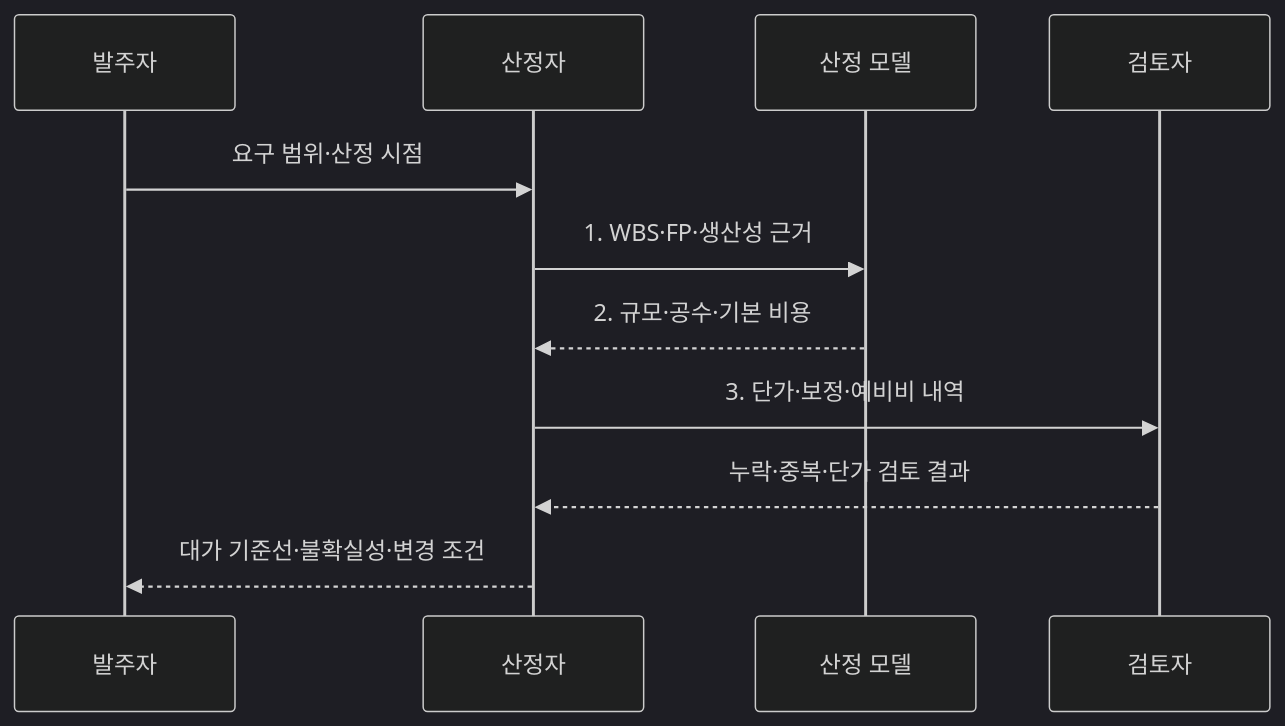
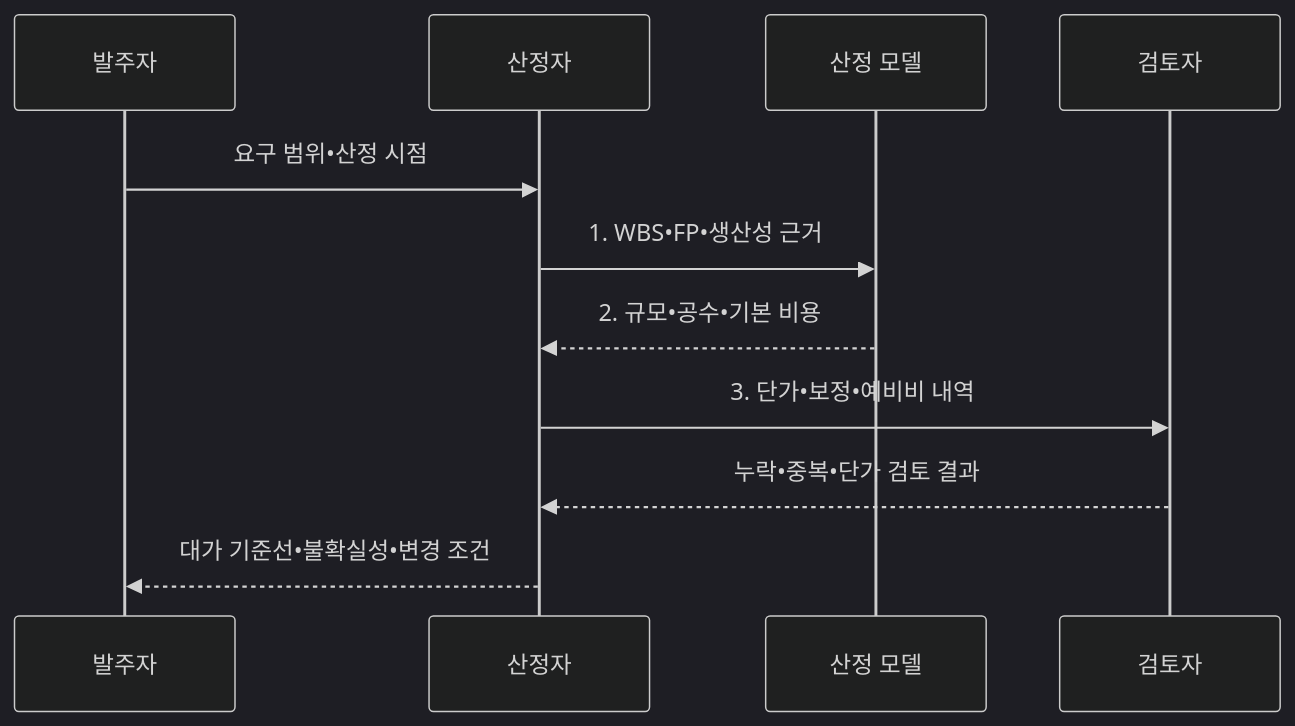
The second of 2 diagrams in src/content/docs/notes/03-software/075_software_cost_estimation.md (agnusdei1207/knowledge-base), drawn with Mermaid (dark theme) before and after one commit. The commit also changed other lines of this file and 953 other files, not shown here.

````diff
--- a/src/content/docs/notes/03-software/075_software_cost_estimation.md
+++ b/src/content/docs/notes/03-software/075_software_cost_estimation.md
@@ -105,13 +105,13 @@
 ```mermaid
 sequenceDiagram
     participant B as 발주자
     participant E as 산정자
     participant M as 산정 모델
     participant R as 검토자
-    B->>E: 요구 범위·산정 시점
-    E->>M: 1. WBS·FP·생산성 근거
-    M-->>E: 2. 규모·공수·기본 비용
-    E->>R: 3. 단가·보정·예비비 내역
-    R-->>E: 누락·중복·단가 검토 결과
-    E-->>B: 대가 기준선·불확실성·변경 조건
+    B->>E: 요구 범위•산정 시점
+    E->>M: 1. WBS•FP•생산성 근거
+    M-->>E: 2. 규모•공수•기본 비용
+    E->>R: 3. 단가•보정•예비비 내역
+    R-->>E: 누락•중복•단가 검토 결과
+    E-->>B: 대가 기준선•불확실성•변경 조건
 ```
````
